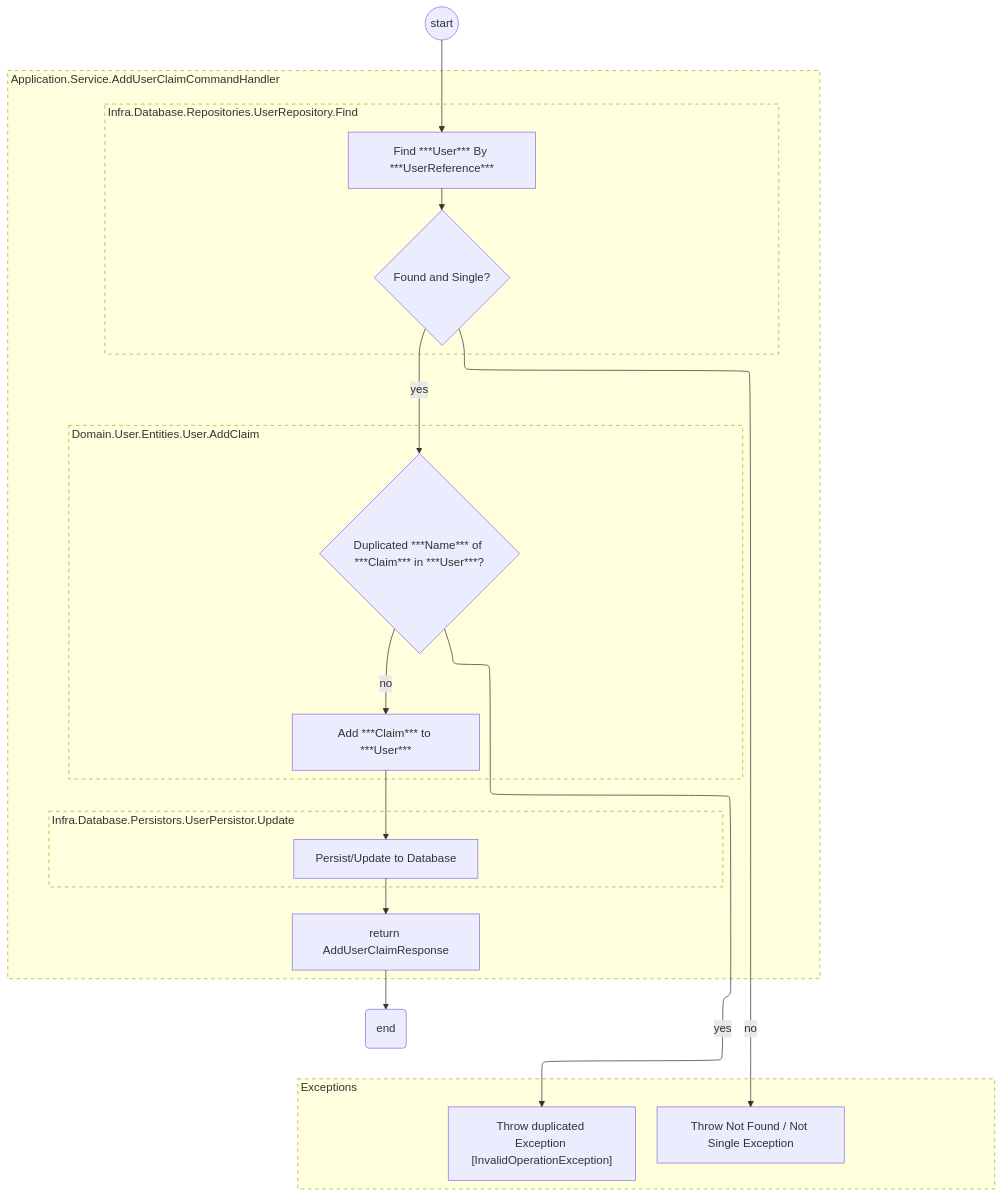
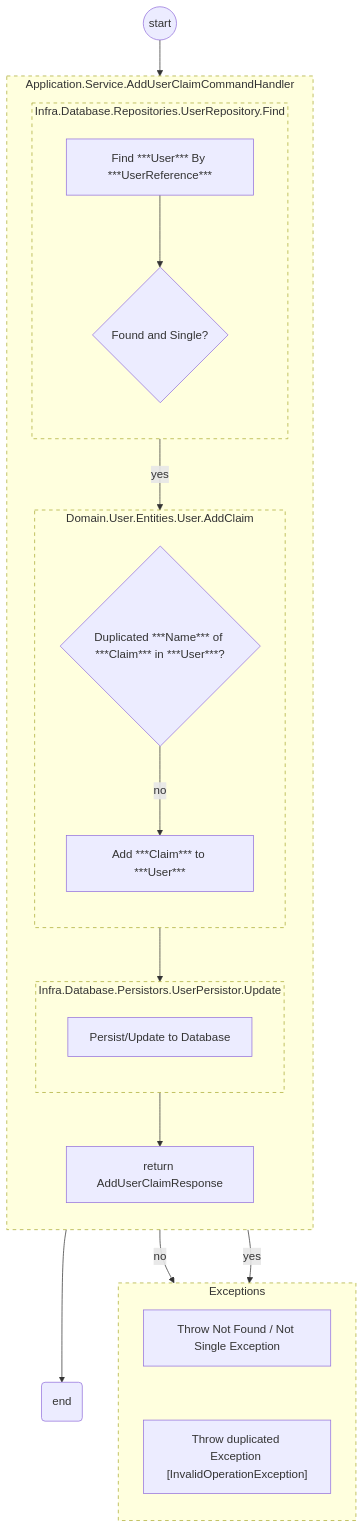
Before and after one commit to sdlfly2000/AuthenticationServer: the first of 2 diagrams in UML/Application/Application.Service.AddUserClaimCommandHandler.md, drawn with Mermaid.

Commit message:
#28 clear the format for add user claim UML

````diff
--- a/UML/Application/Application.Service.AddUserClaimCommandHandler.md
+++ b/UML/Application/Application.Service.AddUserClaimCommandHandler.md
@@ -3,61 +3,57 @@
 ```mermaid
----
-config:
-    layout: elk
----
 
 flowchart TB 
 
+    subgraph mainExceptions [<div style='display:flex; justify-content:flex-start; align-items:flex-start;'>Exceptions</div>]
+        direction TB
+        UserNotFound["Throw Not Found / Not Single Exception"] ~~~
+        DuplicatedClaim["Throw duplicated Exception [InvalidOperationException]"] 
+    end
+
     start_overall((start))
 
-    subgraph mainprocess[<div style='display:flex; justify-content:flex-start; align-items:flex-start;width:70em'>Application.Service.AddUserClaimCommandHandler</div>]
+    subgraph mainprocess[Application.Service.AddUserClaimCommandHandler]
         direction TB            
 
-        subgraph subprocess0 [<div style='display:flex; justify-content:flex-start; align-items:flex-start;width:58em'>Infra.Database.Repositories.UserRepository.Find</div>]
+        subgraph subprocess0 [Infra.Database.Repositories.UserRepository.Find]
             direction TB
             
             FindUser["Find ***User*** By ***UserReference***"] -->
             check1{Found and Single?} 
         end       
 
-        subgraph subprocess1 [<div style='display:flex; justify-content:flex-start; align-items:flex-start;width:58em'>Domain.User.Entities.User.AddClaim</div>]
+        subgraph subprocess1 [Domain.User.Entities.User.AddClaim]
             direction TB
             userFound{"Duplicated ***Name*** of ***Claim*** in ***User***?"}
             userFound --"no"-->       
             AddClaim["Add ***Claim*** to ***User***"]    
         end
 
-        subgraph subprocess2 [<div style='display:flex; justify-content:flex-start; align-items:flex-start;width:58em'>Infra.Database.Persistors.UserPersistor.Update</div>]
+        subgraph subprocess2 [Infra.Database.Persistors.UserPersistor.Update]
             direction TB
             updateDatabase["Persist/Update to Database"]
         end
 
         return["return AddUserClaimResponse"]
-    end
-
-    subgraph mainExceptions [<div style='display:flex; justify-content:flex-start; align-items:flex-start;width:60em'>Exceptions</div>]
-        direction TB
-        UserNotFound["Throw Not Found / Not Single Exception"]
-        DuplicatedClaim["Throw duplicated Exception [InvalidOperationException]"] 
     end
 
     end_overall(end)    
 
     %%{Class Relationship}%%
     start_overall --> FindUser
     return --> end_overall
     check1 --"yes"--> userFound
     AddClaim --> updateDatabase
     updateDatabase --> return
 
     check1 --"no"--> UserNotFound
     userFound --"yes"--> DuplicatedClaim
 
     %% Custom Styles
     style mainprocess stroke-dasharray: 5 5;
     style mainExceptions stroke-dasharray: 5 5;
     style subprocess0 stroke-dasharray: 5 5;
     style subprocess1 stroke-dasharray: 5 5;
     style subprocess2 stroke-dasharray: 5 5;
 
 ```
````
